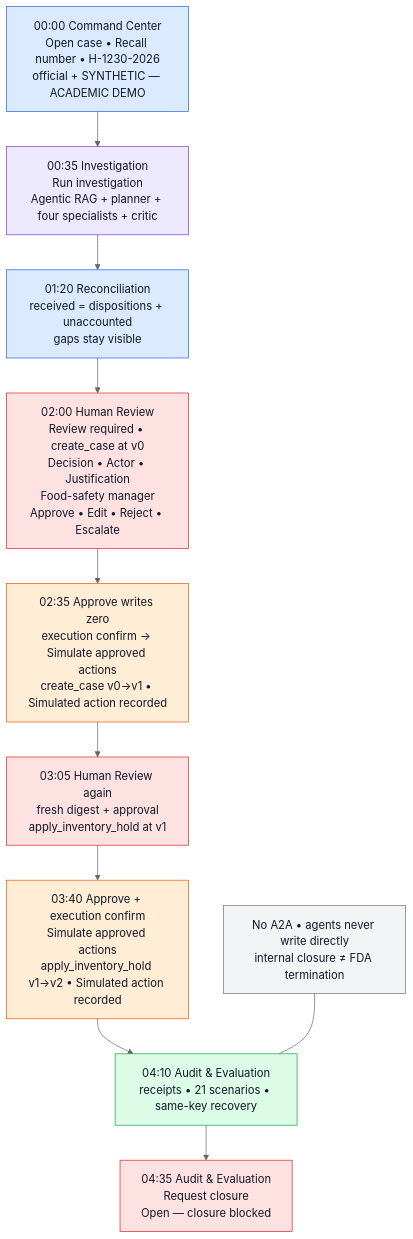
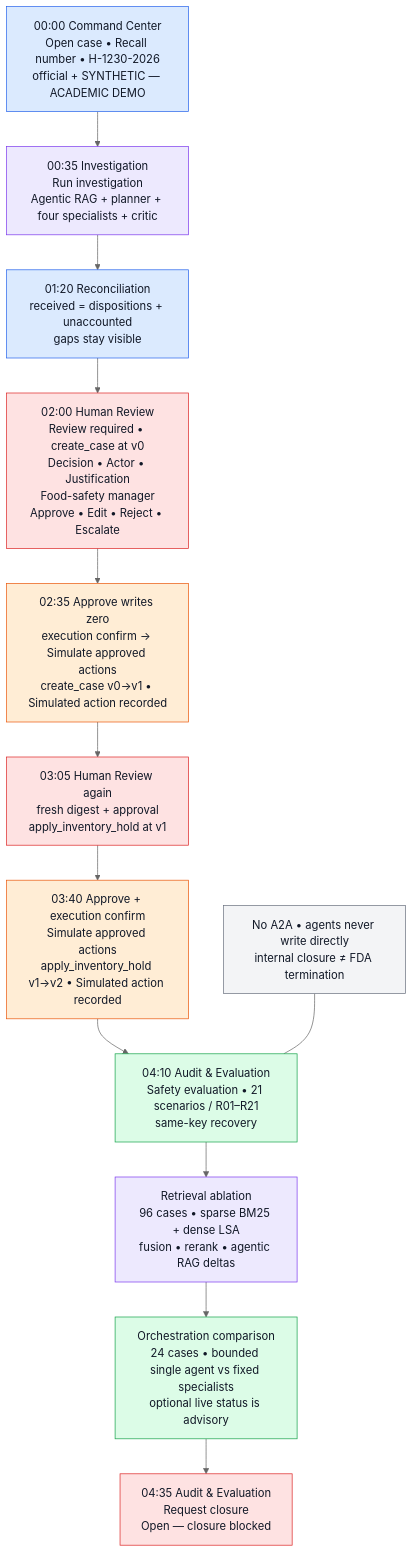
The diagram in docs/images/07_demo_story.mmd (nagarjunakanamarlapudi/reacall-agents), drawn with Mermaid (neutral theme) before and after one commit. The commit also changed 9 other files, not shown here.

Commit message:
docs: diagram the evaluation architecture

```diff
--- a/docs/images/07_demo_story.mmd
+++ b/docs/images/07_demo_story.mmd
@@ -1,20 +1,22 @@
 flowchart TB
   classDef step fill:#dbeafe,stroke:#2563eb,color:#111827
   classDef agent fill:#ede9fe,stroke:#7c3aed,color:#111827
   classDef human fill:#fee2e2,stroke:#dc2626,color:#111827
   classDef action fill:#ffedd5,stroke:#ea580c,color:#111827
   classDef safe fill:#dcfce7,stroke:#16a34a,color:#111827
   classDef block fill:#f3f4f6,stroke:#6b7280,color:#111827
 
   A["00:00 Command Center<br/>Open case • Recall number • H-1230-2026<br/>official + SYNTHETIC — ACADEMIC DEMO"]:::step
   B["00:35 Investigation<br/>Run investigation<br/>Agentic RAG + planner + four specialists + critic"]:::agent
   C["01:20 Reconciliation<br/>received = dispositions + unaccounted<br/>gaps stay visible"]:::step
   D["02:00 Human Review<br/>Review required • create_case at v0<br/>Decision • Actor • Justification<br/>Food-safety manager<br/>Approve • Edit • Reject • Escalate"]:::human
   E["02:35 Approve writes zero<br/>execution confirm → Simulate approved actions<br/>create_case v0→v1 • Simulated action recorded"]:::action
   F["03:05 Human Review again<br/>fresh digest + approval<br/>apply_inventory_hold at v1"]:::human
   G["03:40 Approve + execution confirm<br/>Simulate approved actions<br/>apply_inventory_hold v1→v2 • Simulated action recorded"]:::action
-  H["04:10 Audit & Evaluation<br/>receipts • 21 scenarios • same-key recovery"]:::safe
+  H["04:10 Audit & Evaluation<br/>Safety evaluation • 21 scenarios / R01–R21<br/>same-key recovery"]:::safe
+  J["Retrieval ablation<br/>96 cases • sparse BM25 + dense LSA<br/>fusion • rerank • agentic RAG deltas"]:::agent
+  K["Orchestration comparison<br/>24 cases • bounded single agent vs fixed specialists<br/>optional live status is advisory"]:::safe
   I["04:35 Audit & Evaluation<br/>Request closure<br/>Open — closure blocked"]:::human
 
-  A --> B --> C --> D --> E --> F --> G --> H --> I
+  A --> B --> C --> D --> E --> F --> G --> H --> J --> K --> I
   NOTE["No A2A • agents never write directly<br/>internal closure ≠ FDA termination"]:::block --- H
```
